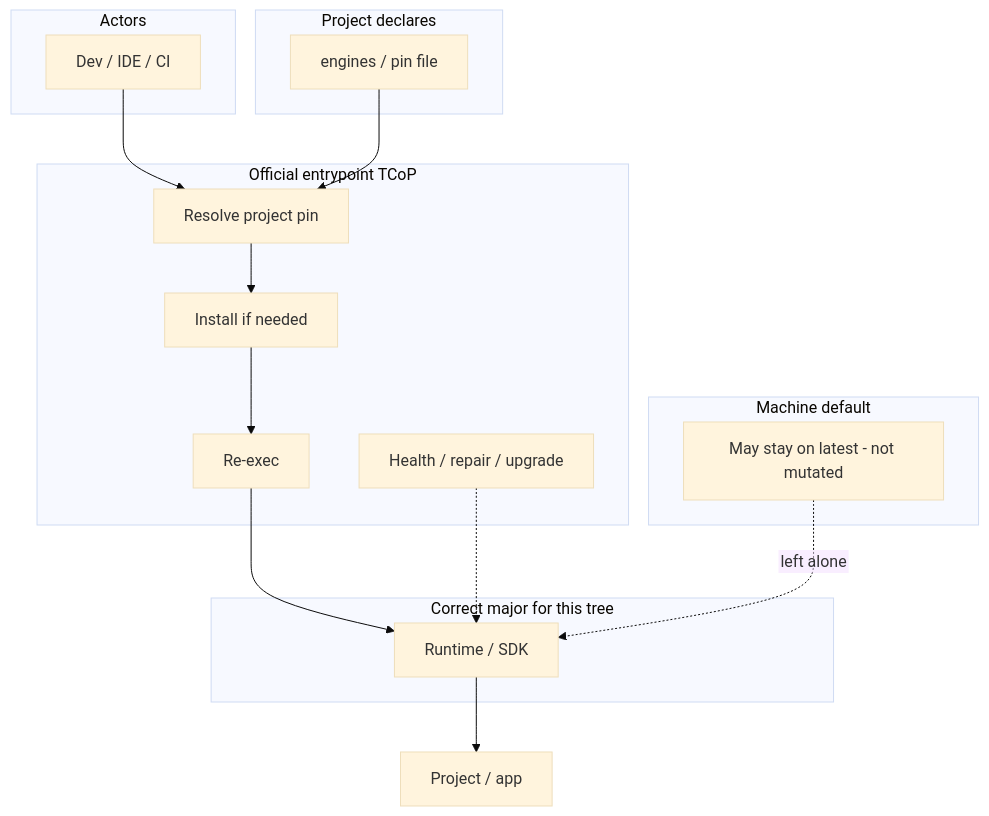
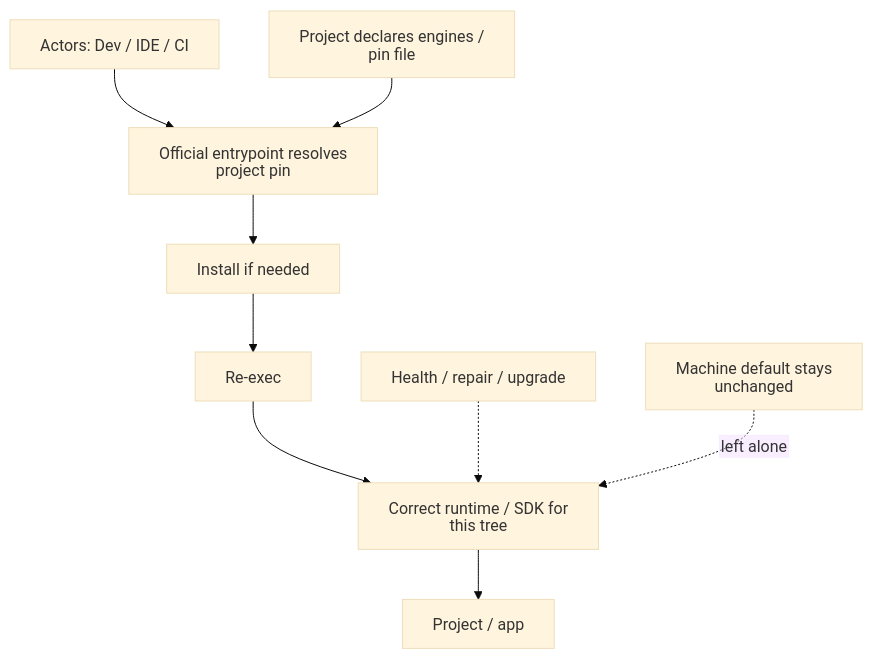
The diagram in docs/modules/ROOT/partials/diagrams/toolchain-architecture.mmd (openshellorg/shell-architecture), drawn with Mermaid before and after one commit. The commit also changed 57 other files, not shown here.

Commit message:
Add dual-output themed SVG architecture pipeline

```diff
--- a/docs/modules/ROOT/partials/diagrams/toolchain-architecture.mmd
+++ b/docs/modules/ROOT/partials/diagrams/toolchain-architecture.mmd
@@ -1,35 +1,20 @@
-%%{init: {"flowchart": {"htmlLabels": false}, "theme": "base"}}%%
+%%{init: {"htmlLabels": false, "flowchart": {"htmlLabels": false}, "theme": "base"}}%%
 flowchart TB
-  subgraph actors [Actors]
-    U[Dev / IDE / CI]
-  end
-
-  subgraph pin [Project declares]
-    P[engines / pin file]
-  end
-
-  subgraph entry [Official entrypoint TCoP]
-    R[Resolve project pin]
-    I[Install if needed]
-    X[Re-exec]
-    L[Health / repair / upgrade]
-  end
-
-  subgraph runtime [Correct major for this tree]
-    S[Runtime / SDK]
-  end
-
-  subgraph machine [Machine default]
-    M[May stay on latest - not mutated]
-  end
-
+  U[Actors: Dev / IDE / CI]
+  P[Project declares engines / pin file]
+  R[Official entrypoint resolves project pin]
+  I[Install if needed]
+  X[Re-exec]
+  L[Health / repair / upgrade]
+  S[Correct runtime / SDK for this tree]
+  M[Machine default stays unchanged]
   App[Project / app]
 
   U --> R
   P --> R
   R --> I
   I --> X
   X --> S
   S --> App
   L -.-> S
   M -.->|left alone| S
```
